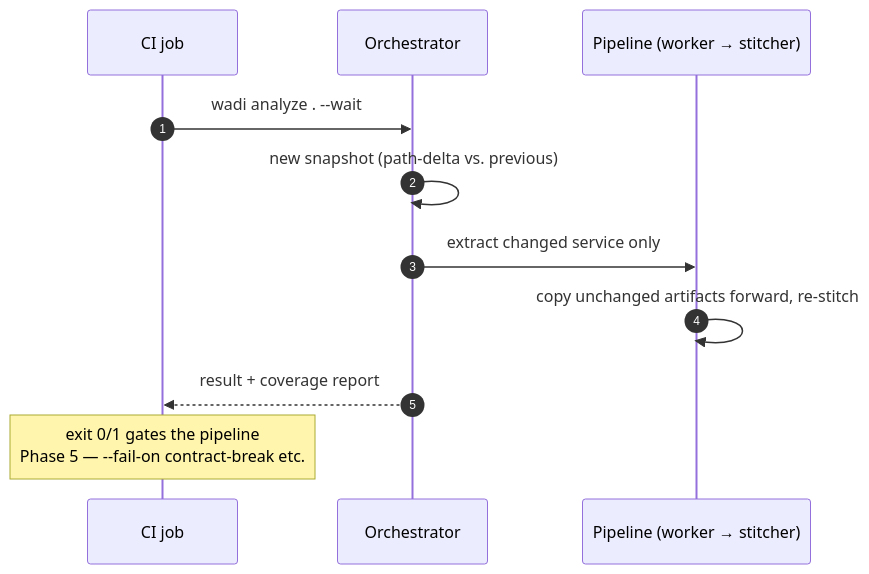
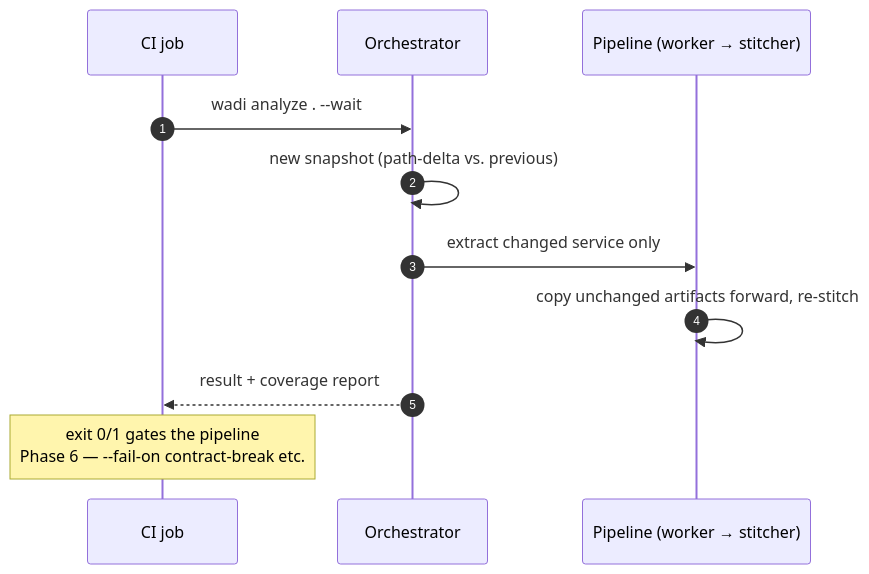
One commit to arfan-rfn/wadi changed the tenth of 11 diagrams in docs/architecture-views.md. Above: the diagram before and after it, drawn with Mermaid. The commit also changed other lines of this file and 3 other files, not shown here.

````diff
--- a/docs/architecture-views.md
+++ b/docs/architecture-views.md
@@ -432,14 +432,14 @@
 ```mermaid
 sequenceDiagram
     autonumber
     participant CI as CI job
     participant O as Orchestrator
     participant P as Pipeline (worker → stitcher)
 
     CI->>O: wadi analyze . --wait
     O->>O: new snapshot (path-delta vs. previous)
     O->>P: extract changed service only
     P->>P: copy unchanged artifacts forward, re-stitch
     O-->>CI: result + coverage report
-    Note over CI: exit 0/1 gates the pipeline<br/>Phase 5 — --fail-on contract-break etc.
+    Note over CI: exit 0/1 gates the pipeline<br/>Phase 6 — --fail-on contract-break etc.
 ```
````
